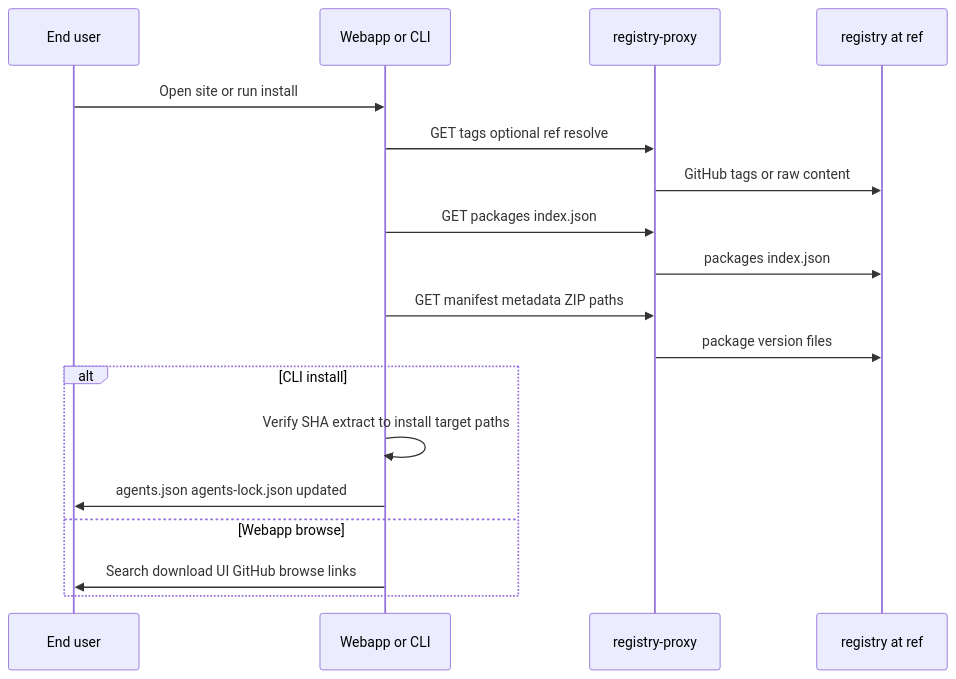
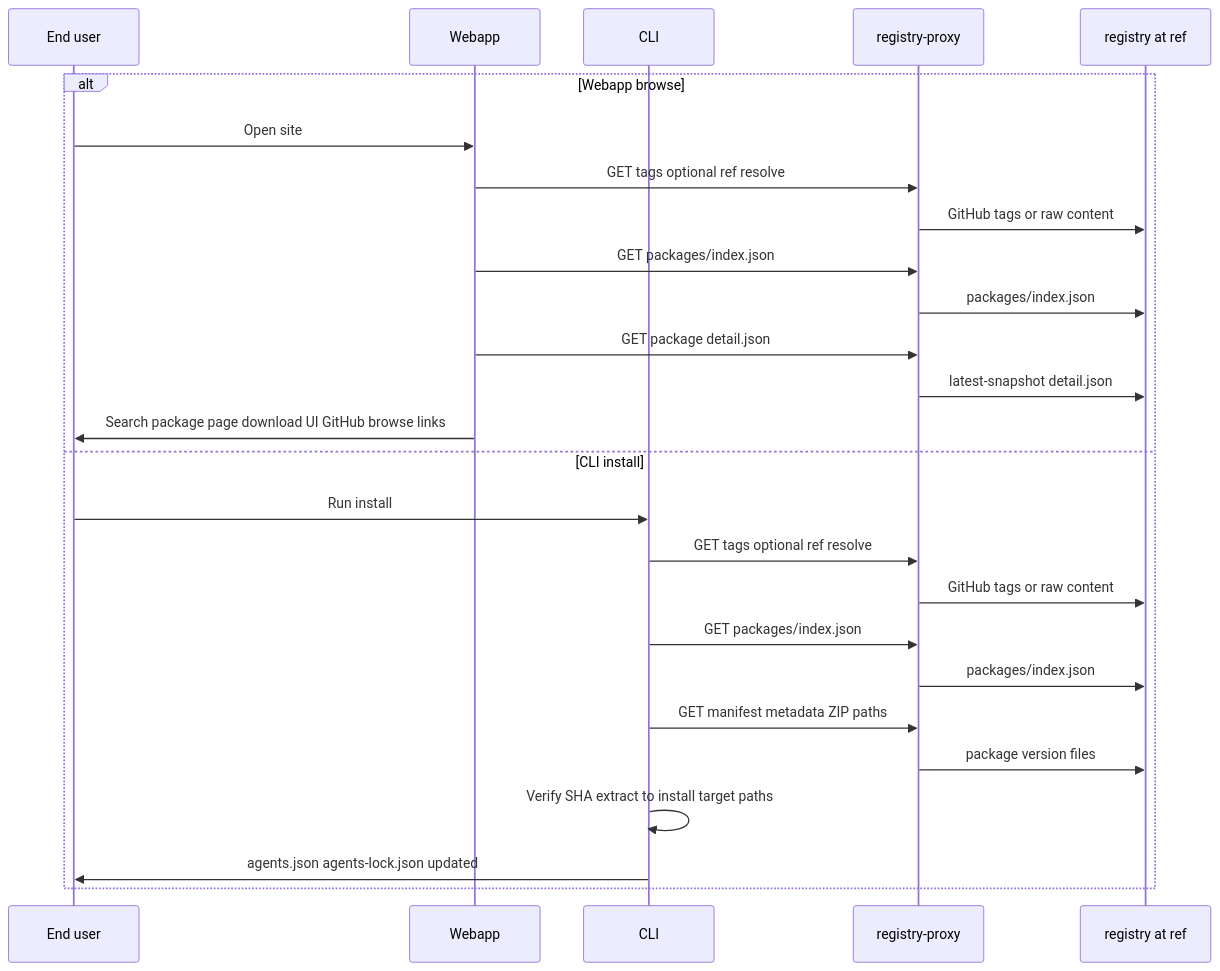
One commit to agents-repo/.github changed the third of 4 diagrams in docs/ecosystem.md. Above: the diagram before and after it, drawn with Mermaid. The commit also changed other lines of this file, not shown here.

Commit message:
docs: split webapp detail.json vs CLI fetch in ecosystem.md (#77)
* docs: scaffold draft PR for ecosystem fetch model

* docs: split webapp detail.json vs CLI catalog fetch

* docs: qualify CLI catalog paths and split browse vs install diagram

---------

````diff
--- a/docs/ecosystem.md
+++ b/docs/ecosystem.md
@@ -127,21 +133,29 @@
 ```mermaid
 sequenceDiagram
   participant U as End user
-  participant W as Webapp or CLI
+  participant Site as Webapp
+  participant Cli as CLI
   participant P as registry-proxy
   participant Reg as registry at ref
 
-  U->>W: Open site or run install
-  W->>P: GET tags optional ref resolve
-  P->>Reg: GitHub tags or raw content
-  W->>P: GET packages index.json
-  P->>Reg: packages index.json
-  W->>P: GET manifest metadata ZIP paths
-  P->>Reg: package version files
-  alt CLI install
-    W->>W: Verify SHA extract to install target paths
-    W->>U: agents.json agents-lock.json updated
-  else Webapp browse
-    W->>U: Search download UI GitHub browse links
+  alt Webapp browse
+    U->>Site: Open site
+    Site->>P: GET tags optional ref resolve
+    P->>Reg: GitHub tags or raw content
+    Site->>P: GET packages/index.json
+    P->>Reg: packages/index.json
+    Site->>P: GET package detail.json
+    P->>Reg: latest-snapshot detail.json
+    Site->>U: Search package page download UI GitHub browse links
+  else CLI install
+    U->>Cli: Run install
+    Cli->>P: GET tags optional ref resolve
+    P->>Reg: GitHub tags or raw content
+    Cli->>P: GET packages/index.json
+    P->>Reg: packages/index.json
+    Cli->>P: GET manifest metadata ZIP paths
+    P->>Reg: package version files
+    Cli->>Cli: Verify SHA extract to install target paths
+    Cli->>U: agents.json agents-lock.json updated
   end
 ```
````
